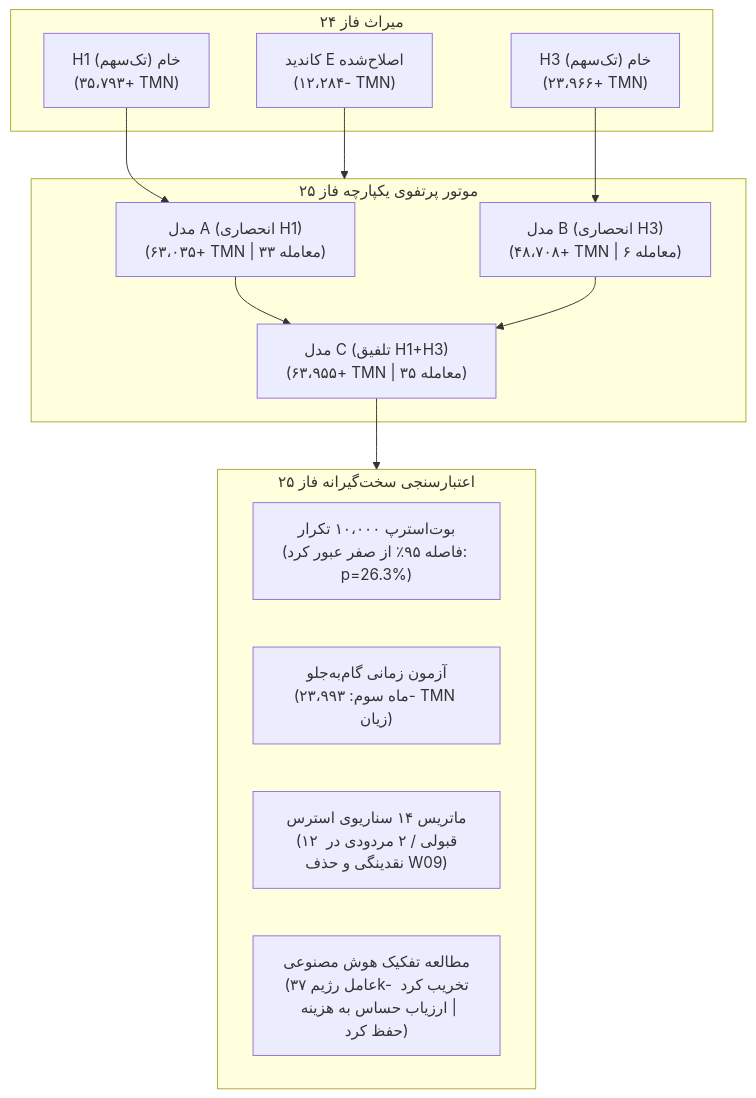
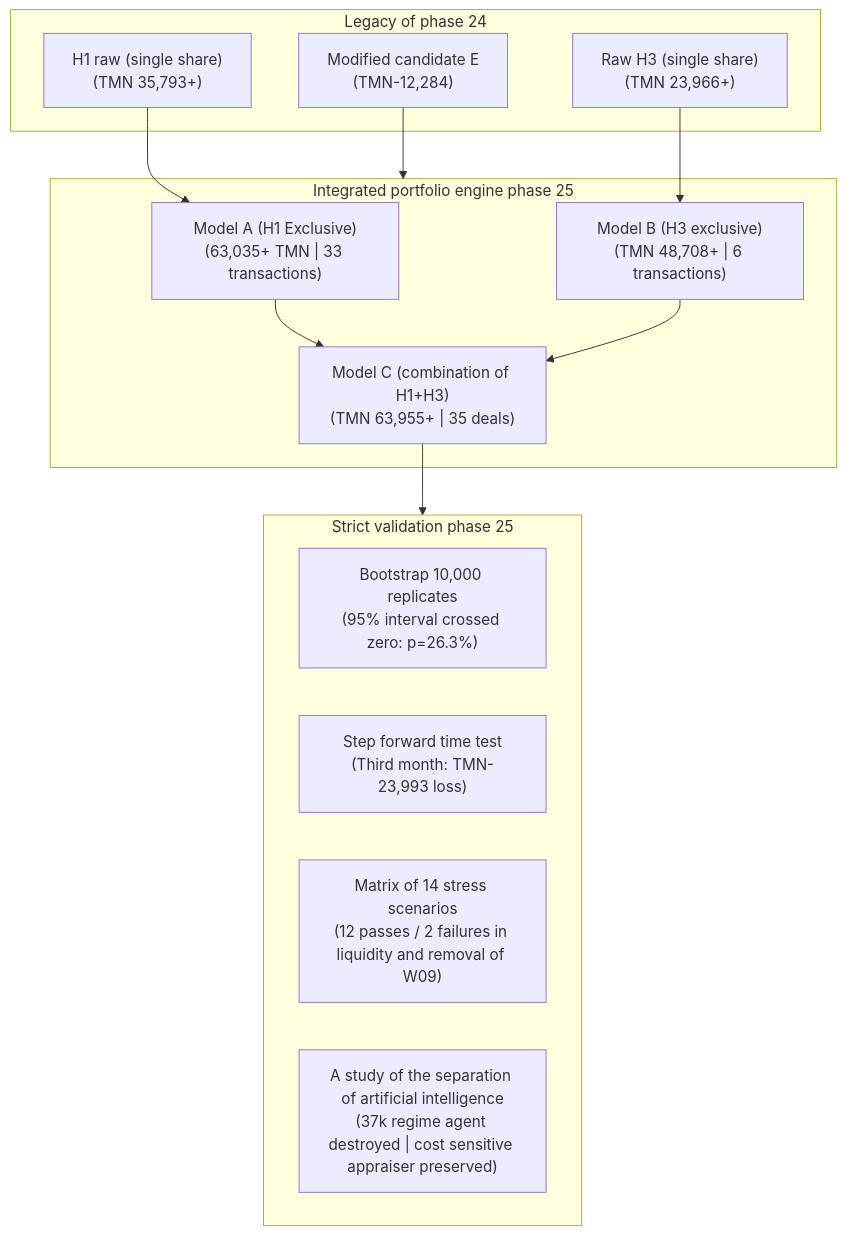
Before and after one commit to AliFazelniya/wallextrade: the diagram in docs/PHASE25_FINAL_VERDICT.md, drawn with Mermaid. The commit also changed other lines of this file and 81 other files, not shown here.

````diff
--- a/docs/PHASE25_FINAL_VERDICT.md
+++ b/docs/PHASE25_FINAL_VERDICT.md
@@ -16,28 +16,28 @@
 ```mermaid
 flowchart TD
-    subgraph P24["میراث فاز ۲۴"]
-        CE["کاندید E اصلاح‌شده\n(۱۲،۲۸۴- TMN)"]
-        H1_RAW["H1 خام (تک‌سهم)\n(۳۵،۷۹۳+ TMN)"]
-        H3_RAW["H3 خام (تک‌سهم)\n(۲۳،۹۶۶+ TMN)"]
+    subgraph P24["Legacy of phase 24"]
+        CE["Modified candidate E\n(TMN-12,284)"]
+        H1_RAW["H1 raw (single share)\n(TMN 35,793+)"]
+        H3_RAW["Raw H3 (single share)\n(TMN 23,966+)"]
     end
 
-    subgraph P25_ENG["موتور پرتفوی یکپارچه فاز ۲۵"]
-        MA["مدل A (انحصاری H1)\n(۶۳،۰۳۵+ TMN | ۳۳ معامله)"]
-        MB["مدل B (انحصاری H3)\n(۴۸،۷۰۸+ TMN | ۶ معامله)"]
-        MC["مدل C (تلفیق H1+H3)\n(۶۳،۹۵۵+ TMN | ۳۵ معامله)"]
+    subgraph P25_ENG["Integrated portfolio engine phase 25"]
+        MA["Model A (H1 Exclusive)\n(63,035+ TMN | 33 transactions)"]
+        MB["Model B (H3 exclusive)\n(TMN 48,708+ | 6 transactions)"]
+        MC["Model C (combination of H1+H3)\n(TMN 63,955+ | 35 deals)"]
     end
 
-    subgraph P25_VAL["اعتبارسنجی سخت‌گیرانه فاز ۲۵"]
-        BOOT["بوت‌استرپ ۱۰،۰۰۰ تکرار\n(فاصله ۹۵٪ از صفر عبور کرد: p=26.3%)"]
-        WF["آزمون زمانی گام‌به‌جلو\n(ماه سوم: ۲۳،۹۹۳- TMN زیان)"]
-        STRESS["ماتریس ۱۴ سناریوی استرس\n(۱۲ قبولی / ۲ مردودی در نقدینگی و حذف W09)"]
-        AI_ABL["مطالعه تفکیک هوش مصنوعی\n(عامل رژیم ۳۷k- تخریب کرد | ارزیاب حساس به هزینه حفظ کرد)"]
+    subgraph P25_VAL["Strict validation phase 25"]
+        BOOT["Bootstrap 10,000 replicates\n(95% interval crossed zero: p=26.3%)"]
+        WF["Step forward time test\n(Third month: TMN-23,993 loss)"]
+        STRESS["Matrix of 14 stress scenarios\n(12 passes / 2 failures in liquidity and removal of W09)"]
+        AI_ABL["A study of the separation of artificial intelligence\n(37k regime agent destroyed | cost sensitive appraiser preserved)"]
     end
 
     CE --> P25_ENG
     H1_RAW --> MA
     H3_RAW --> MB
     MA --> MC
     MB --> MC
     MC --> P25_VAL
 ```
````
